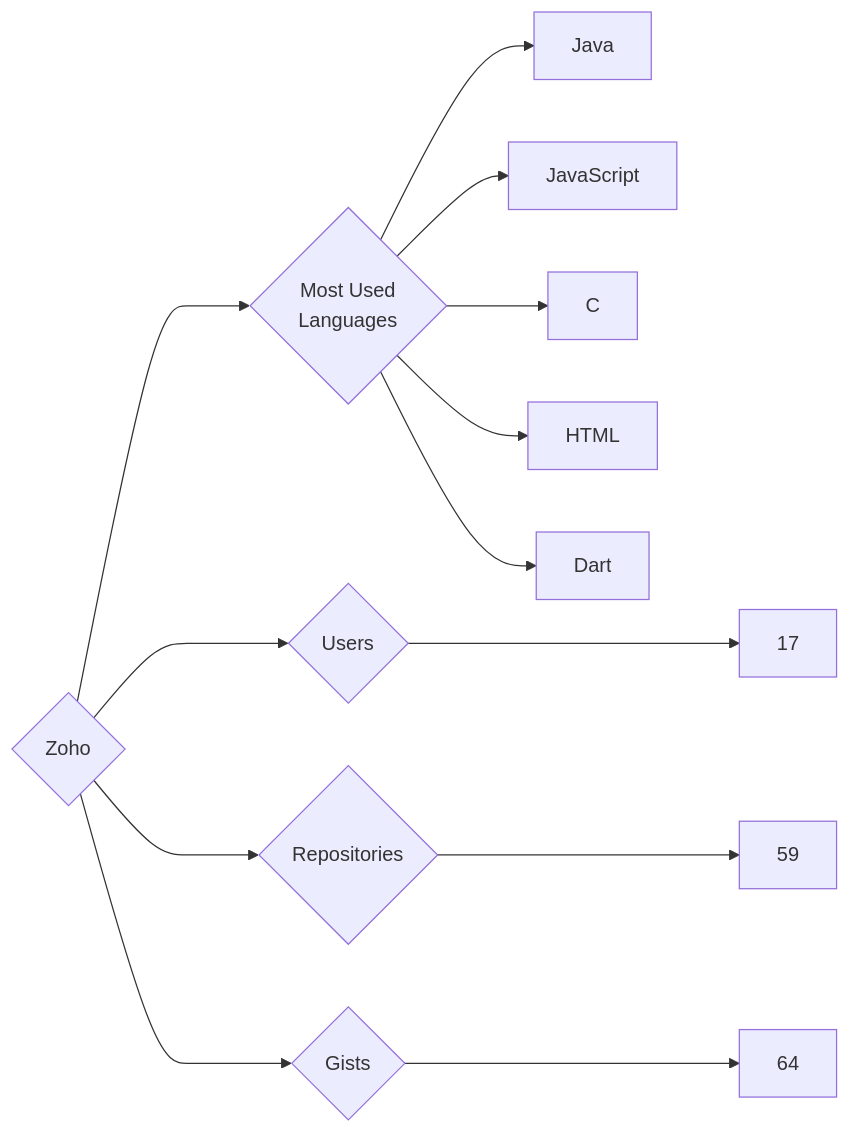
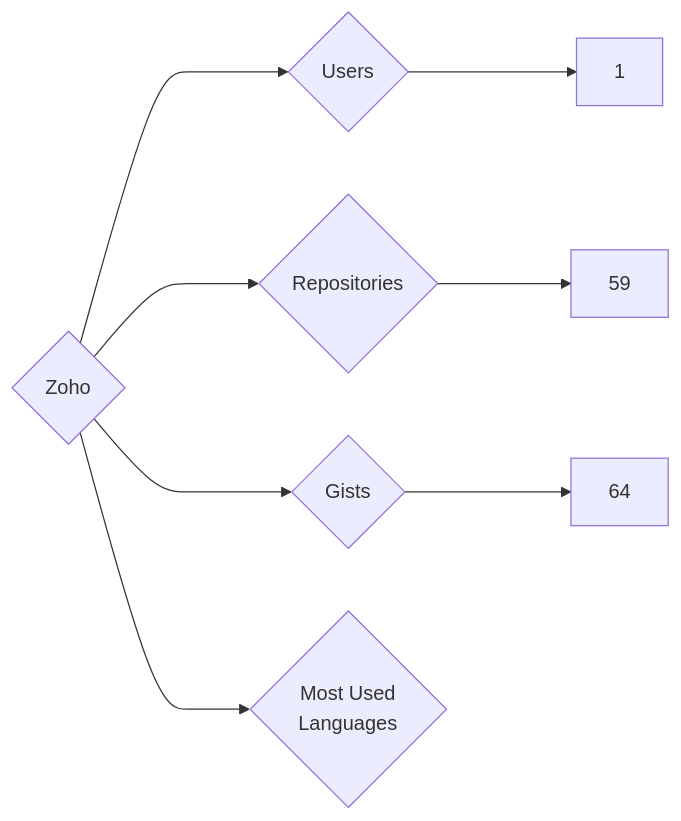
One commit to trickest/insiders changed the diagram in targets/Zoho/README.md. Above: the diagram before and after it, drawn with Mermaid. The commit also changed 928 other files, not shown here.

````diff
--- a/targets/Zoho/README.md
+++ b/targets/Zoho/README.md
@@ -3,13 +3,8 @@
 ```mermaid
 graph LR
 COMPANY_NAME{Zoho}
-COMPANY_NAME ---> U{Users} ---> UN[17]
+COMPANY_NAME ---> U{Users} ---> UN[1]
 COMPANY_NAME ---> R{Repositories} ---> RN[59]
 COMPANY_NAME ---> G{Gists} ---> GN[64]
 COMPANY_NAME ---> ML{Most Used<br>Languages}
-ML --> Java[Java]
-ML --> JavaScript[JavaScript]
-ML --> C[C]
-ML --> HTML[HTML]
-ML --> Dart[Dart]
 ```
````
